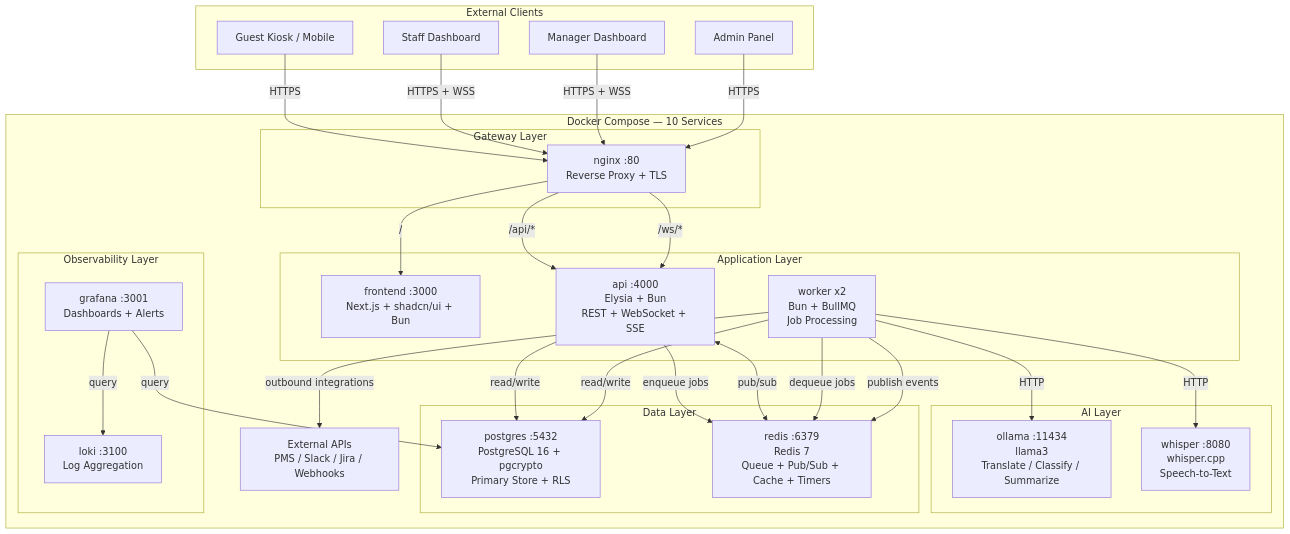
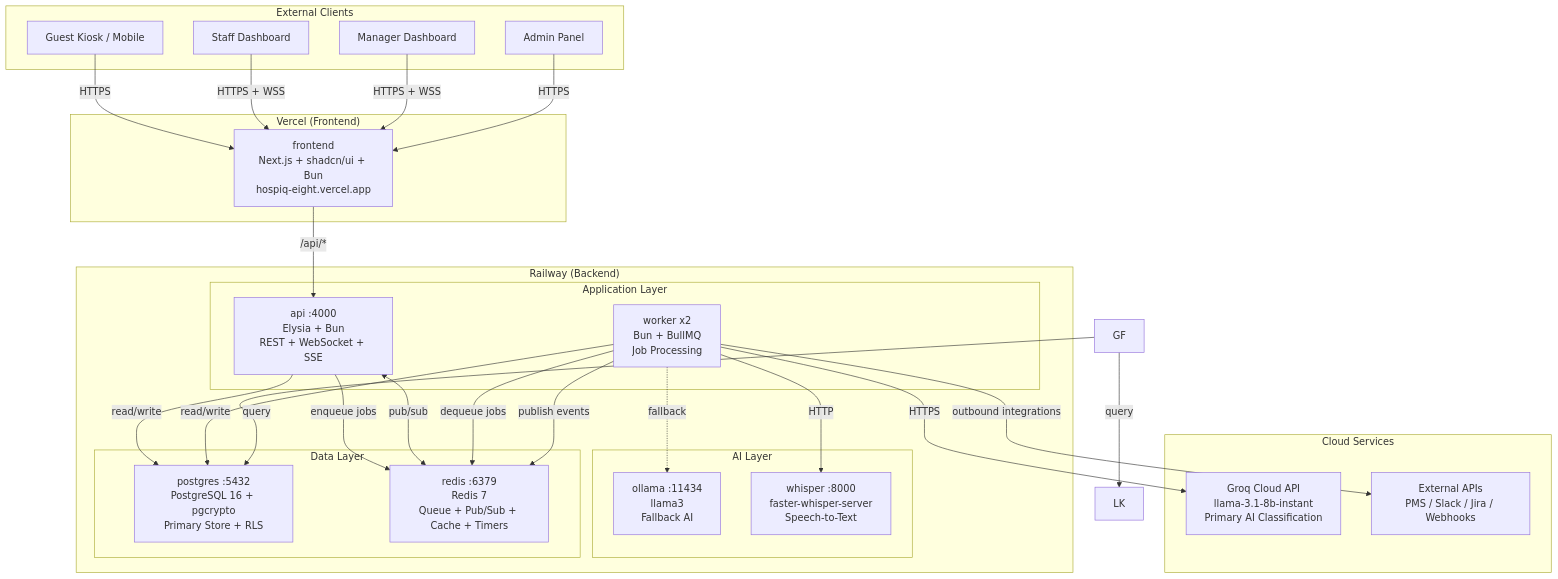
One commit to tachyon-development/test-translation changed the diagram in docs/ARCHITECTURE.md. Above: the diagram before and after it, drawn with Mermaid. The commit also changed other lines of this file and 5 other files, not shown here.

````diff
--- a/docs/ARCHITECTURE.md
+++ b/docs/ARCHITECTURE.md
@@ -9,62 +9,57 @@
 ```mermaid
 graph TB
     subgraph External["External Clients"]
         GK["Guest Kiosk / Mobile"]
         SD["Staff Dashboard"]
         MD["Manager Dashboard"]
         AD["Admin Panel"]
     end
 
-    subgraph Docker["Docker Compose — 10 Services"]
+    subgraph Cloud["Cloud Services"]
+        GROQ["Groq Cloud API<br/>llama-3.1-8b-instant<br/>Primary AI Classification"]
+        EXT["External APIs<br/>PMS / Slack / Jira / Webhooks"]
+    end
 
-        subgraph Gateway["Gateway Layer"]
-            NG["nginx :80<br/>Reverse Proxy + TLS"]
-        end
+    subgraph Vercel["Vercel (Frontend)"]
+        FE["frontend<br/>Next.js + shadcn/ui + Bun<br/>hospiq-eight.vercel.app"]
+    end
 
+    subgraph Railway["Railway (Backend)"]
         subgraph Application["Application Layer"]
-            FE["frontend :3000<br/>Next.js + shadcn/ui + Bun"]
             API["api :4000<br/>Elysia + Bun<br/>REST + WebSocket + SSE"]
             WK["worker x2<br/>Bun + BullMQ<br/>Job Processing"]
         end
 
-        EXT["External APIs<br/>PMS / Slack / Jira / Webhooks"]
-
         subgraph AI["AI Layer"]
-            OL["ollama :11434<br/>llama3<br/>Translate / Classify / Summarize"]
-            WH["whisper :8080<br/>whisper.cpp<br/>Speech-to-Text"]
+            OL["ollama :11434<br/>llama3<br/>Fallback AI"]
+            WH["whisper :8000<br/>faster-whisper-server<br/>Speech-to-Text"]
         end
 
         subgraph Data["Data Layer"]
             PG["postgres :5432<br/>PostgreSQL 16 + pgcrypto<br/>Primary Store + RLS"]
             RD["redis :6379<br/>Redis 7<br/>Queue + Pub/Sub + Cache + Timers"]
         end
-
-        subgraph Observability["Observability Layer"]
-            LK["loki :3100<br/>Log Aggregation"]
-            GF["grafana :3001<br/>Dashboards + Alerts"]
-        end
     end
 
-    GK -->|"HTTPS"| NG
-    SD -->|"HTTPS + WSS"| NG
-    MD -->|"HTTPS + WSS"| NG
-    AD -->|"HTTPS"| NG
+    GK -->|"HTTPS"| FE
+    SD -->|"HTTPS + WSS"| FE
+    MD -->|"HTTPS + WSS"| FE
+    AD -->|"HTTPS"| FE
 
-    NG -->|"/"| FE
-    NG -->|"/api/*"| API
-    NG -->|"/ws/*"| API
+    FE -->|"/api/*"| API
 
     API -->|"enqueue jobs"| RD
     API -->|"read/write"| PG
     API <-->|"pub/sub"| RD
 
     WK -->|"dequeue jobs"| RD
-    WK -->|"HTTP"| OL
+    WK -->|"HTTPS"| GROQ
+    WK -.->|"fallback"| OL
     WK -->|"HTTP"| WH
     WK -->|"read/write"| PG
     WK -->|"publish events"| RD
     WK -->|"outbound integrations"| EXT
 
     GF -->|"query"| LK
     GF -->|"query"| PG
 ```
````
